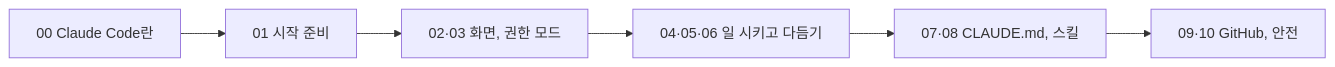
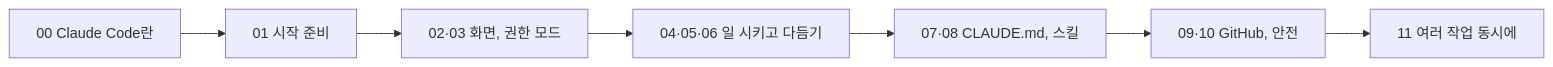
Before and after one commit to gyuber/claude-basics: the diagram in README.md, drawn with Mermaid. The commit also changed other lines of this file and 7 other files, not shown here.

````diff
--- a/README.md
+++ b/README.md
@@ -10,4 +10,4 @@
 ```mermaid
 flowchart LR
-  A["00 Claude Code란"] --> B["01 시작 준비"] --> C["02·03 화면, 권한 모드"] --> D["04·05·06 일 시키고 다듬기"] --> E["07·08 CLAUDE.md, 스킬"] --> F["09·10 GitHub, 안전"]
+  A["00 Claude Code란"] --> B["01 시작 준비"] --> C["02·03 화면, 권한 모드"] --> D["04·05·06 일 시키고 다듬기"] --> E["07·08 CLAUDE.md, 스킬"] --> F["09·10 GitHub, 안전"] --> G["11 여러 작업 동시에"]
 ```
````
